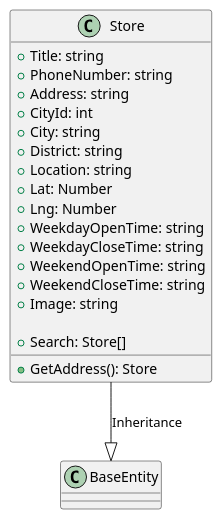
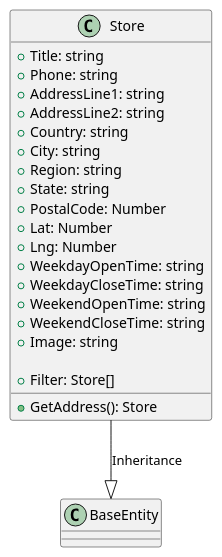
The diagram in uml/Store/Store.puml (evrendev/sport-club), drawn with PlantUML before and after one commit. The commit also changed 40 other files, not shown here.

```diff
--- a/uml/Store/Store.puml
+++ b/uml/Store/Store.puml
@@ -1,25 +1,27 @@
 @startuml Store Class Diagram
 
 class Store {
     + Title: string
-    + PhoneNumber: string
-    + Address: string
-    + CityId: int
+    + Phone: string
+    + AddressLine1: string
+    + AddressLine2: string
+    + Country: string
     + City: string
-    + District: string
-    + Location: string
+    + Region: string
+    + State: string
+    + PostalCode: Number
     + Lat: Number
     + Lng: Number
     + WeekdayOpenTime: string
     + WeekdayCloseTime: string
     + WeekendOpenTime: string
     + WeekendCloseTime: string
     + Image: string
 
     + GetAddress(): Store
-    + Search: Store[]
+    + Filter: Store[]
 }
 
 Store --|> BaseEntity: Inheritance
 
 @enduml
```
